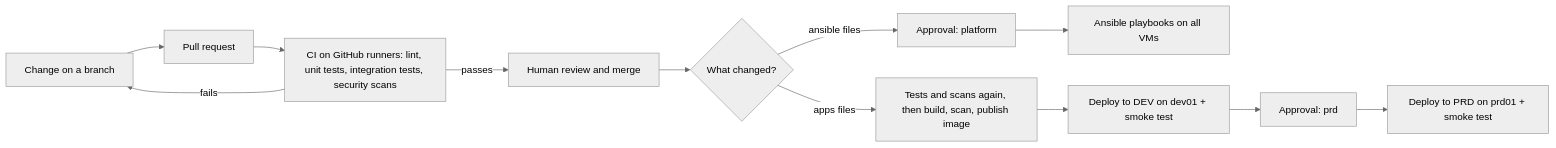
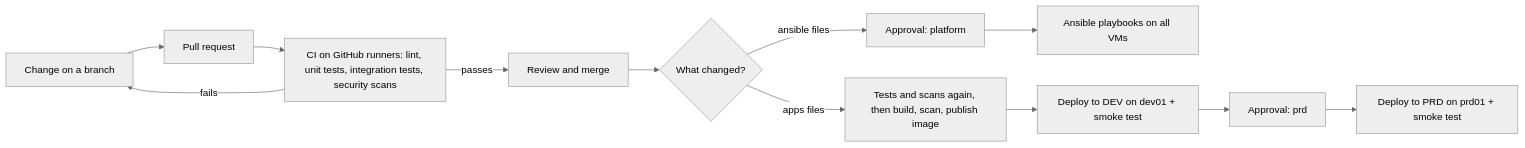
One commit to Zulhardy/homelab changed the second of 2 diagrams in README.md. Above: the diagram before and after it, drawn with Mermaid (neutral theme). The commit also changed other lines of this file and 12 other files, not shown here.

````diff
--- a/README.md
+++ b/README.md
@@ -130,14 +130,14 @@
 ```mermaid
 flowchart LR
     A["Change on a branch"] --> B["Pull request"]
     B --> C["CI on GitHub runners: lint, unit tests, integration tests, security scans"]
     C -->|"fails"| A
-    C -->|"passes"| D["Human review and merge"]
+    C -->|"passes"| D["Review and merge"]
     D --> E{"What changed?"}
     E -->|"ansible files"| F["Approval: platform"]
     F --> F2["Ansible playbooks on all VMs"]
     E -->|"apps files"| G["Tests and scans again, then build, scan, publish image"]
     G --> H["Deploy to DEV on dev01 + smoke test"]
     H --> I["Approval: prd"]
     I --> J["Deploy to PRD on prd01 + smoke test"]
 ```
````
